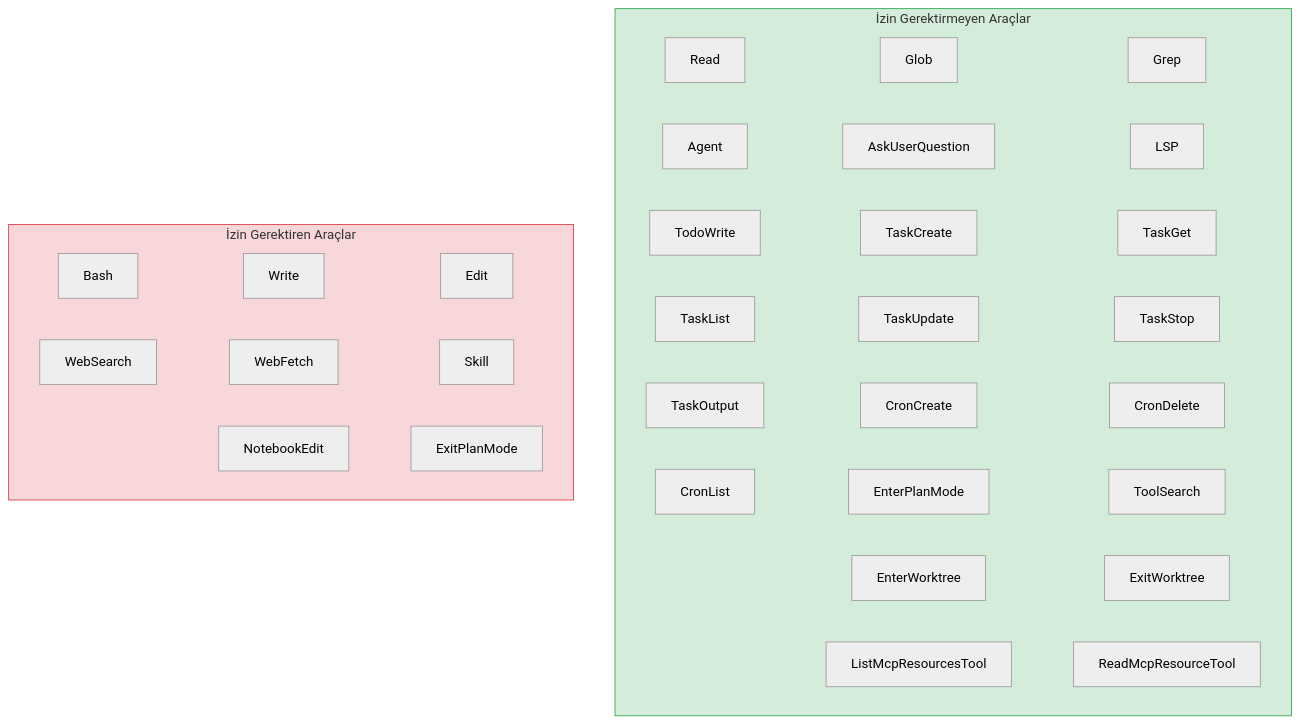
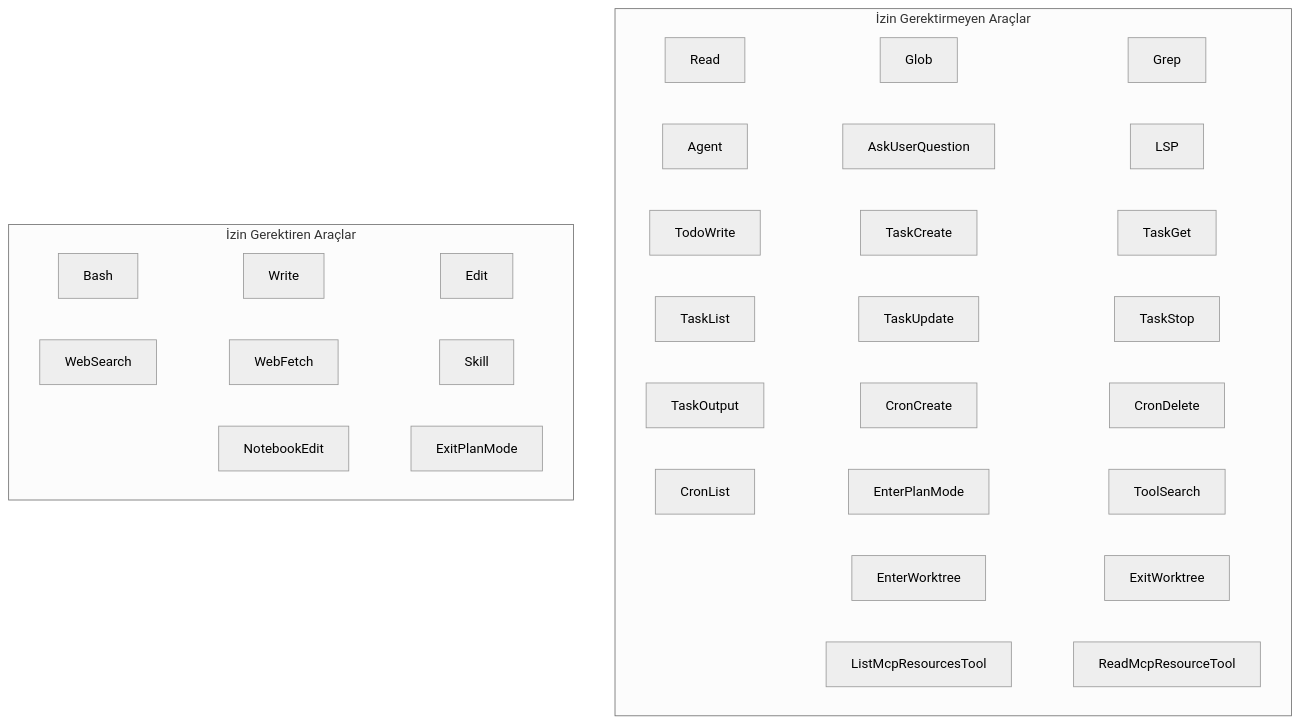
Before and after one commit to IzzetYasinAtes/ClaudeCodeHandbook: the third of 5 diagrams in 08-araclar/01-araclara-genel-bakis.md, drawn with Mermaid (neutral theme). The commit also changed 97 other files, not shown here.

Commit message:
Remove all custom Mermaid style/fill colors from 98 markdown files for consistent dark theme rendering

````diff
--- a/08-araclar/01-araclara-genel-bakis.md
+++ b/08-araclar/01-araclara-genel-bakis.md
@@ -168,24 +168,22 @@
 ```mermaid
 flowchart TD
     subgraph izinsiz ["İzin Gerektirmeyen Araçlar"]
         direction LR
         N1["Read"] ~~~ N2["Glob"] ~~~ N3["Grep"]
         N4["Agent"] ~~~ N5["AskUserQuestion"] ~~~ N6["LSP"]
         N7["TodoWrite"] ~~~ N8["TaskCreate"] ~~~ N9["TaskGet"]
         N10["TaskList"] ~~~ N11["TaskUpdate"] ~~~ N12["TaskStop"]
         N13["TaskOutput"] ~~~ N14["CronCreate"] ~~~ N15["CronDelete"]
         N16["CronList"] ~~~ N17["EnterPlanMode"] ~~~ N18["ToolSearch"]
         N19["EnterWorktree"] ~~~ N20["ExitWorktree"]
         N21["ListMcpResourcesTool"] ~~~ N22["ReadMcpResourceTool"]
     end
 
     subgraph izinli ["İzin Gerektiren Araçlar"]
         direction LR
         P1["Bash"] ~~~ P2["Write"] ~~~ P3["Edit"]
         P4["WebSearch"] ~~~ P5["WebFetch"] ~~~ P6["Skill"]
         P7["NotebookEdit"] ~~~ P8["ExitPlanMode"]
     end
 
-    style izinsiz fill:#d4edda,stroke:#28a745
-    style izinli fill:#f8d7da,stroke:#dc3545
 ```
````
